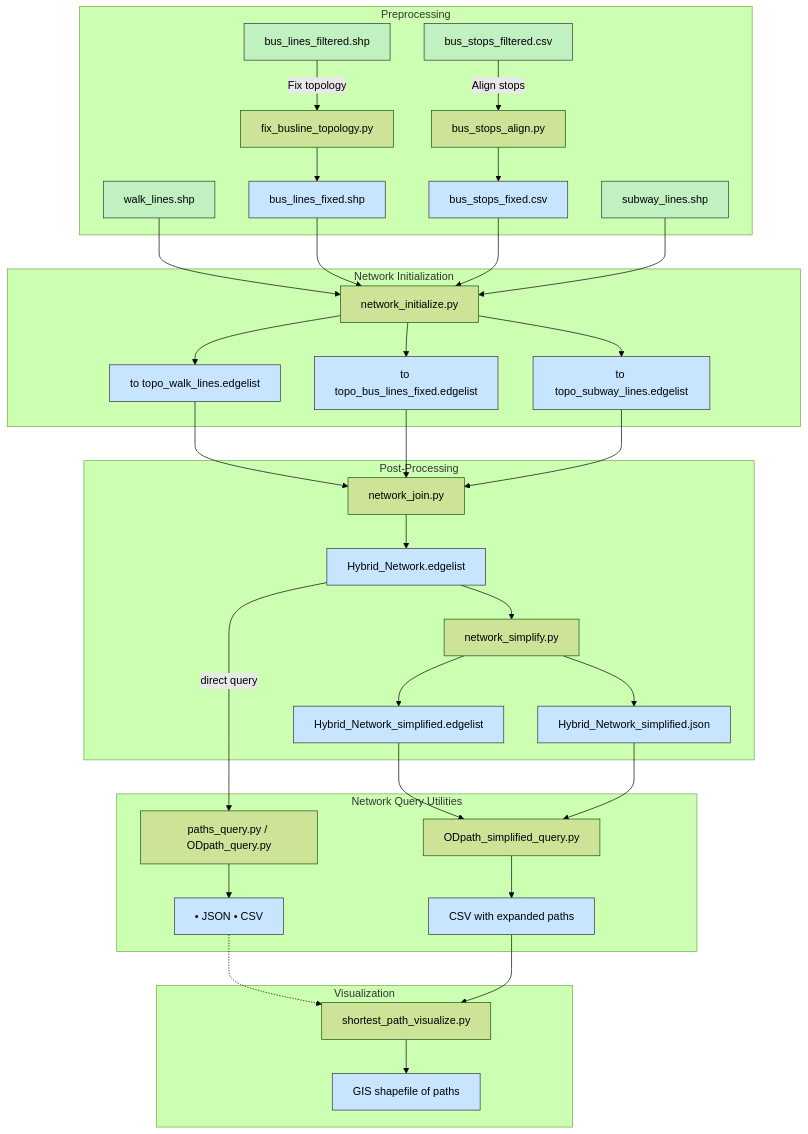
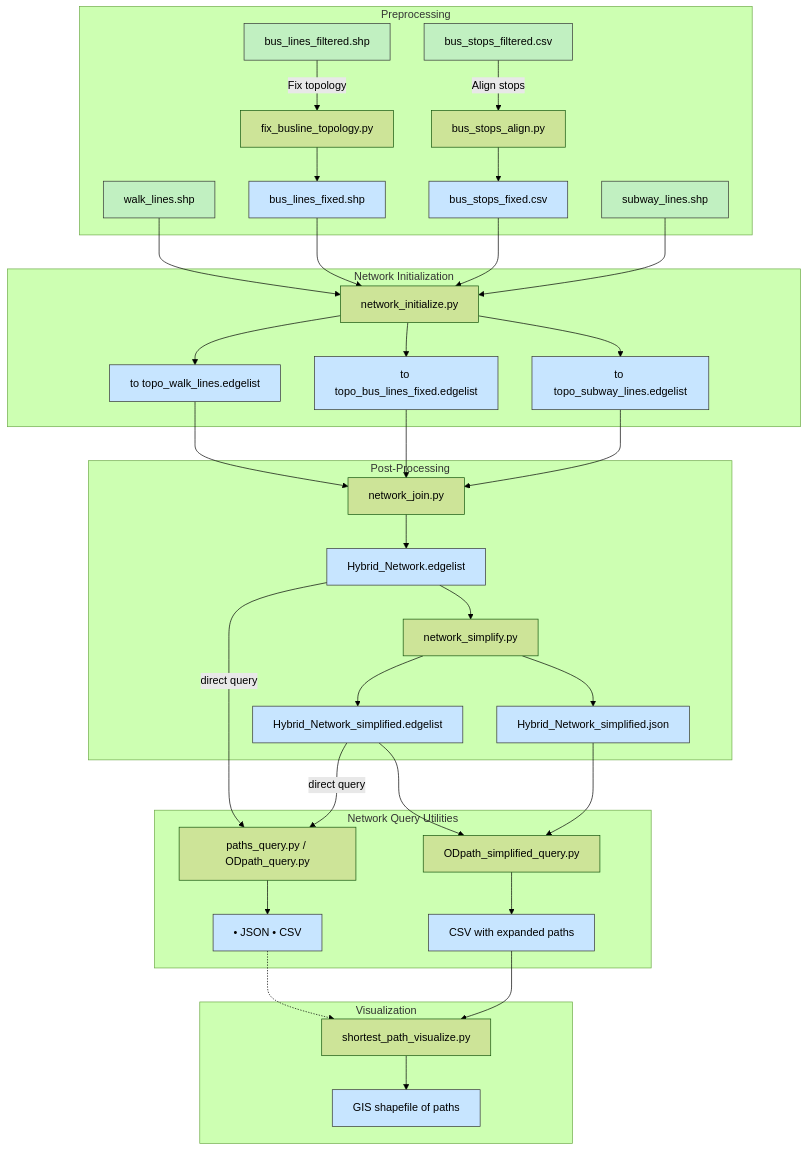
The second of 2 diagrams in README.md (Hammerous/Transport_Network_Construct), drawn with Mermaid (forest theme) before and after one commit.

Commit message:
Minor Change in FULL Workflow

````diff
--- a/README.md
+++ b/README.md
@@ -417,58 +417,59 @@
 ```mermaid
 flowchart TD
   %% ====== RAW & PRE-PROCESS ======
   subgraph Preprocessing
     WL[walk_lines.shp]:::input
     BL[bus_lines_filtered.shp]:::input
     BS[bus_stops_filtered.csv]:::input
     SL[subway_lines.shp]:::input
 
     BL -->|Fix topology| FBT[fix_busline_topology.py]
     BS -->|Align stops| BSA[bus_stops_align.py]
 
     FBT --> FBT_OUT[bus_lines_fixed.shp]:::output
     BSA --> BSA_OUT[bus_stops_fixed.csv]:::output
   end
 
   %% ====== NETWORK INITIALIZATION ======
   subgraph NetworkInitialization["Network Initialization"]
     WL --> NI[network_initialize.py]
     FBT_OUT --> NI
     BSA_OUT --> NI
     SL --> NI
     NI --> WALK[to topo_walk_lines.edgelist]:::output
     NI --> BUS[to topo_bus_lines_fixed.edgelist]:::output
     NI --> SUB[to topo_subway_lines.edgelist]:::output
   end
 
   %% ====== JOIN AND SIMPLIFY ======
   subgraph PostProcessing["Post-Processing"]
     WALK & BUS & SUB --> NJ[network_join.py]
     NJ --> JOIN_OUT[Hybrid_Network.edgelist]:::output
 
     JOIN_OUT --> NS[network_simplify.py]
     NS --> SIMPLIFIED_OUT[Hybrid_Network_simplified.edgelist]:::output
     NS --> MERGE_JSON[Hybrid_Network_simplified.json]:::output
   end
 
   %% ====== PATH QUERIES ======
   subgraph QueryUtilities["Network Query Utilities"]
     JOIN_OUT -->|direct query| PQ[paths_query.py / ODpath_query.py]
     PQ --> PQ_OUT[• JSON • CSV]:::output
 
     SIMPLIFIED_OUT --> SQ[ODpath_simplified_query.py]
+    SIMPLIFIED_OUT -->|direct query| PQ[paths_query.py / ODpath_query.py]
     MERGE_JSON --> SQ
     SQ --> SQ_OUT[CSV with expanded paths]:::output
   end
 
   %% ====== VISUALIZATION ======
   subgraph Visualization
     PQ_OUT -.-> VIS[shortest_path_visualize.py]
     SQ_OUT --> VIS
     VIS --> SHP_OUT[GIS shapefile of paths]:::output
   end
 
   %% ====== STYLES ======
   classDef input fill:#c1f0c1,stroke:#333,stroke-width:1px;
   classDef output fill:#c7e5ff,stroke:#333,stroke-width:1px;
 ```
````
